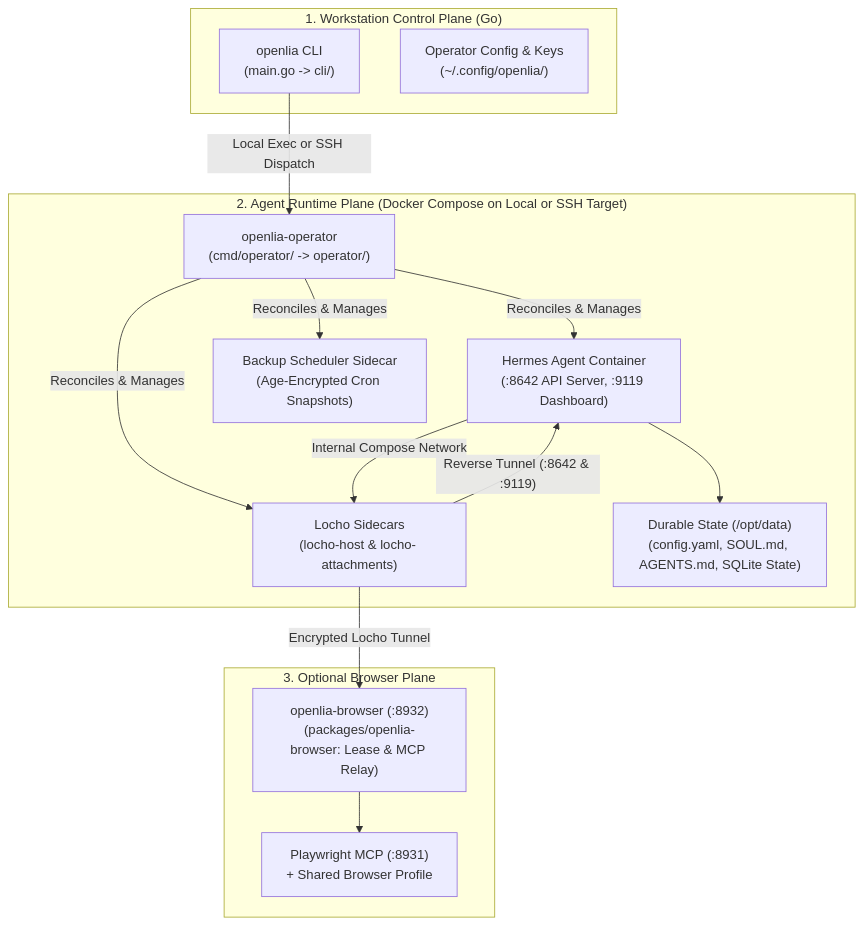
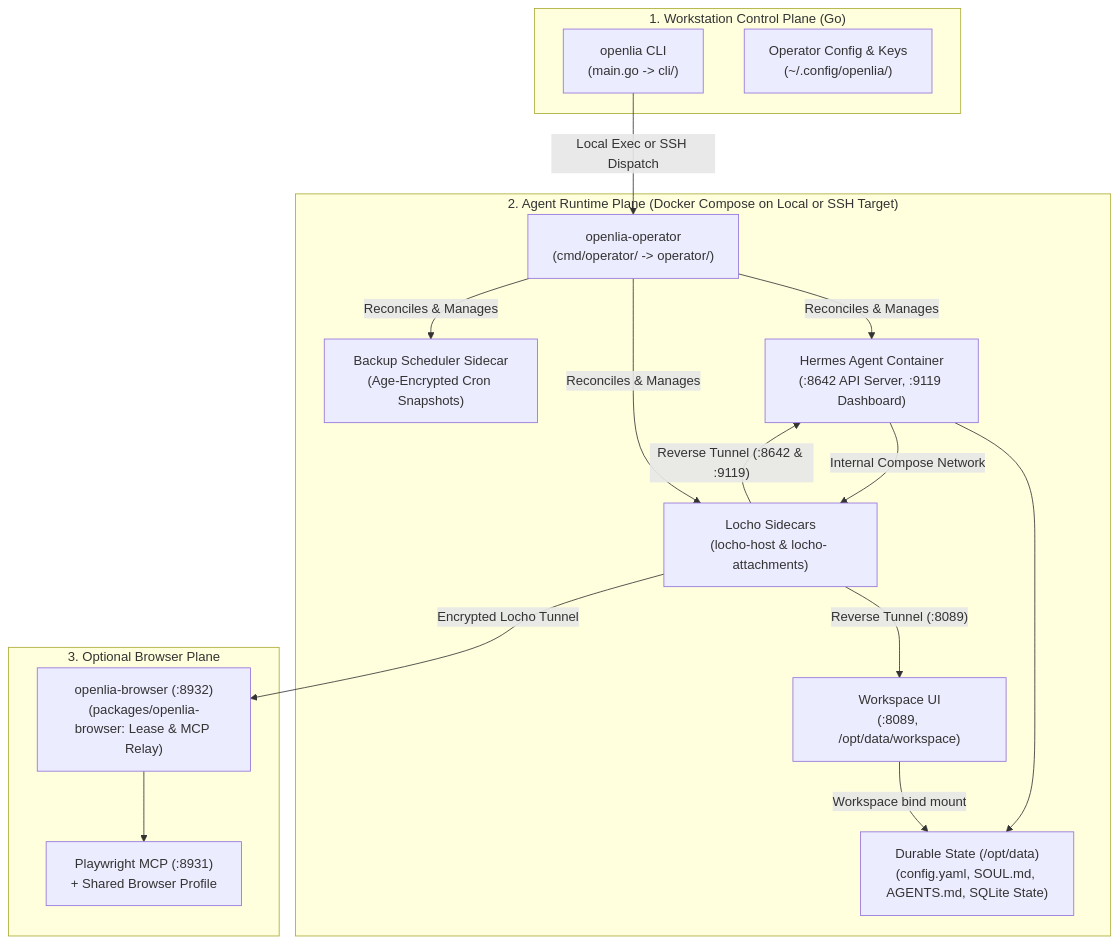
The diagram in docs/architecture.md (openlia/openlia), drawn with Mermaid before and after one commit. The commit also changed other lines of this file and 68 other files, not shown here.

````diff
--- a/docs/architecture.md
+++ b/docs/architecture.md
@@ -11,30 +11,33 @@
 ```mermaid
 flowchart TD
     subgraph Workstation["1. Workstation Control Plane (Go)"]
         CLI["openlia CLI<br/>(main.go -> cli/)"]
         Config["Operator Config & Keys<br/>(~/.config/openlia/)"]
     end
 
     subgraph Runtime["2. Agent Runtime Plane (Docker Compose on Local or SSH Target)"]
         Operator["openlia-operator<br/>(cmd/operator/ -> operator/)"]
         Hermes["Hermes Agent Container<br/>(:8642 API Server, :9119 Dashboard)"]
+        WorkspaceUI["Workspace UI<br/>(:8089, /opt/data/workspace)"]
         Locho["Locho Sidecars<br/>(locho-host & locho-<host> attachments)"]
         Backup["Backup Scheduler Sidecar<br/>(Age-Encrypted Cron Snapshots)"]
         Data["Durable State (/opt/data)<br/>(config.yaml, SOUL.md, AGENTS.md, SQLite State)"]
     end
 
     subgraph BrowserHost["3. Optional Browser Plane"]
         BrowserRelay["openlia-browser (:8932)<br/>(packages/openlia-browser: Lease & MCP Relay)"]
         Playwright["Playwright MCP (:8931)<br/>+ Shared Browser Profile"]
     end
 
     CLI -- "Local Exec or SSH Dispatch" --> Operator
     Operator -- "Reconciles & Manages" --> Hermes
     Operator -- "Reconciles & Manages" --> Locho
     Operator -- "Reconciles & Manages" --> Backup
     Hermes --> Data
     Locho -- "Reverse Tunnel (:8642 & :9119)" --> Hermes
+    Locho -- "Reverse Tunnel (:8089)" --> WorkspaceUI
     Hermes -- "Internal Compose Network" --> Locho
+    WorkspaceUI -- "Workspace bind mount" --> Data
     Locho -- "Encrypted Locho Tunnel" --> BrowserRelay
     BrowserRelay --> Playwright
 ```
````
